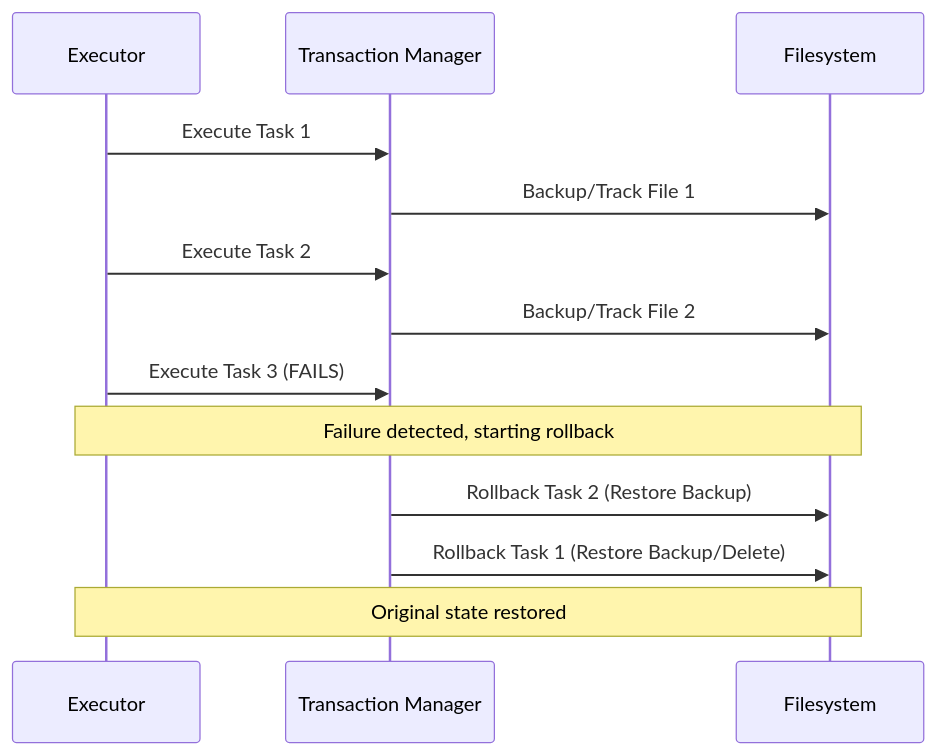
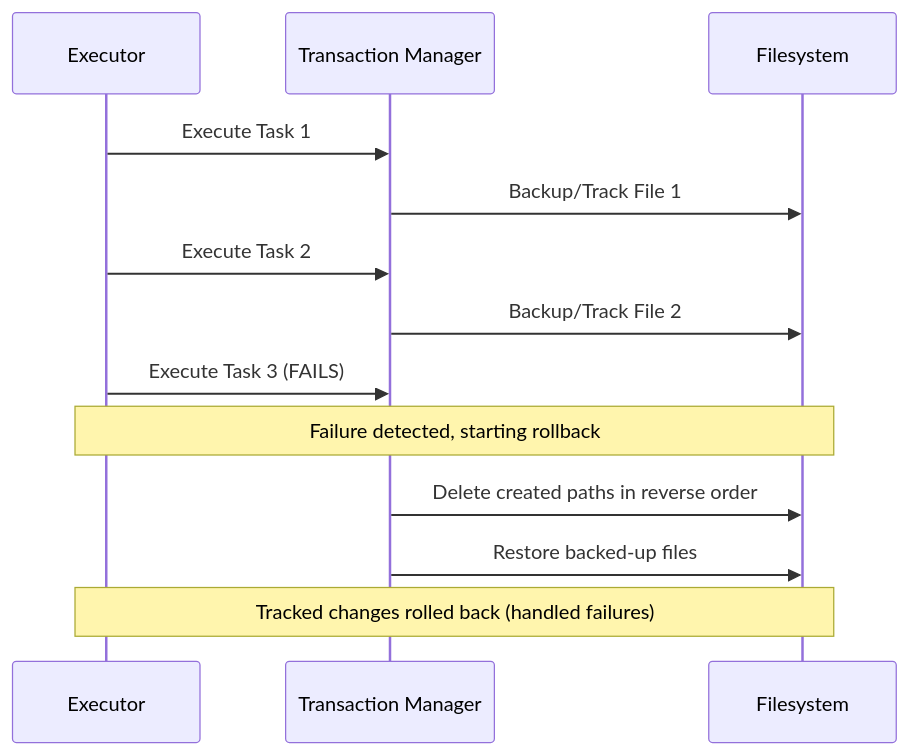
One commit to Emin-ACIKGOZ/scbake changed the diagram in docs/ARCHITECTURE.md. Above: the diagram before and after it, drawn with Mermaid. The commit also changed other lines of this file and 3 other files, not shown here.

````diff
--- a/docs/ARCHITECTURE.md
+++ b/docs/ARCHITECTURE.md
@@ -87,16 +87,16 @@
 ```mermaid
 sequenceDiagram
     participant E as Executor
     participant T as Transaction Manager
     participant FS as Filesystem
 
     E->>T: Execute Task 1
     T->>FS: Backup/Track File 1
     E->>T: Execute Task 2
     T->>FS: Backup/Track File 2
     E->>T: Execute Task 3 (FAILS)
     Note over E,FS: Failure detected, starting rollback
-    T->>FS: Rollback Task 2 (Restore Backup)
-    T->>FS: Rollback Task 1 (Restore Backup/Delete)
-    Note over E,FS: Original state restored
+    T->>FS: Delete created paths in reverse order
+    T->>FS: Restore backed-up files
+    Note over E,FS: Tracked changes rolled back (handled failures)
 ```
````
